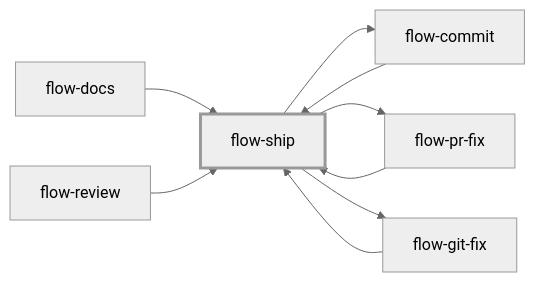
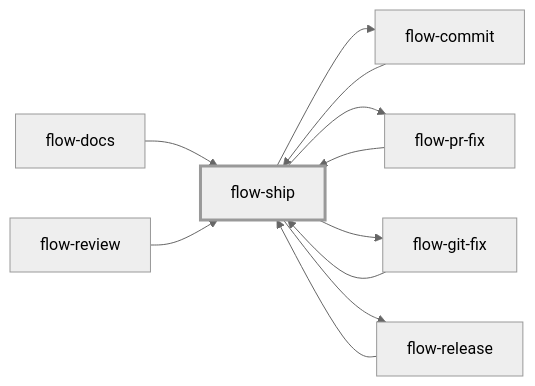
The diagram in docs/skills/flow-ship.md (emiliodominguez/flow-skills), drawn with Mermaid (neutral theme) before and after one commit. The commit also changed other lines of this file and 14 other files, not shown here.

````diff
--- a/docs/skills/flow-ship.md
+++ b/docs/skills/flow-ship.md
@@ -9,19 +9,22 @@
 ```mermaid
 flowchart LR
   flow_ship["flow-ship"]
   flow_commit["flow-commit"]
   flow_docs["flow-docs"]
   flow_git_fix["flow-git-fix"]
   flow_pr_fix["flow-pr-fix"]
+  flow_release["flow-release"]
   flow_review["flow-review"]
   flow_commit --> flow_ship
   flow_docs --> flow_ship
   flow_git_fix --> flow_ship
   flow_pr_fix --> flow_ship
+  flow_release --> flow_ship
   flow_review --> flow_ship
   flow_ship --> flow_commit
   flow_ship --> flow_pr_fix
   flow_ship --> flow_git_fix
+  flow_ship --> flow_release
   classDef focus stroke-width:3px
   class flow_ship focus
 ```
````
